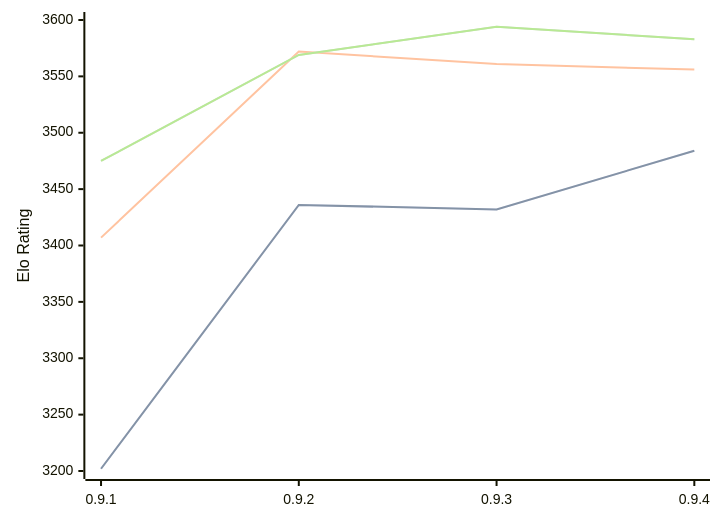
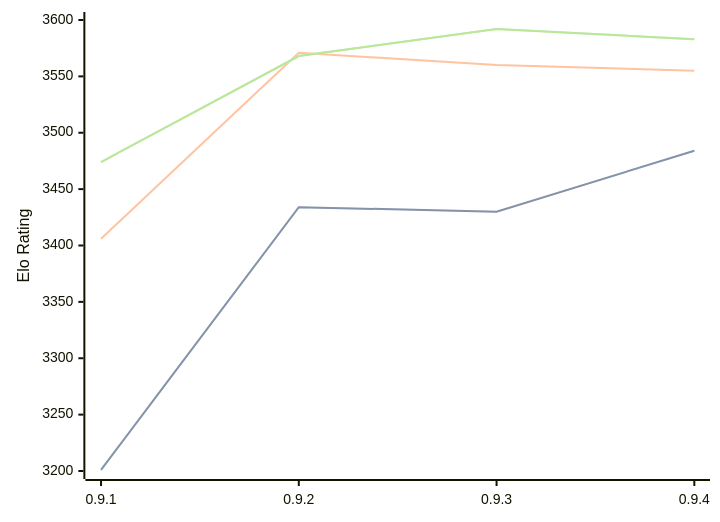
The diagram in engines/Coda.md (computer-chess-index/cci), drawn with Mermaid before and after one commit. The commit also changed other lines of this file, not shown here.

Commit message:
Update CCI Ratings (ELO VLTC) - 2026-09-01

````diff
--- a/engines/Coda.md
+++ b/engines/Coda.md
@@ -34,11 +34,11 @@
 ```mermaid
 %%{init: {"theme":"base","themeVariables":{"seriesColors:['#a3a3a3','#222221','#faa371']}}}%%
 xychart-beta
   x-axis ["0.9.1", "0.9.2", "0.9.3", "0.9.4"]
   y-axis "Elo Rating" 3200 --> 3600
-  line "" [3202, 3436, 3432, 3484]
-  line "STC (8.0+0.08s)" [3202, 3436, 3432, 3484]
-  line "LTC (60.0+0.60s)" [3407, 3572, 3561, 3556]
-  line "" [3475, 3569, 3594, 3583]
-  line "VLTC (2m24s+1.12s)" [3475, 3569, 3594, 3583]
+  line "" [3201, 3434, 3430, 3484]
+  line "STC (8.0+0.08s)" [3201, 3434, 3430, 3484]
+  line "LTC (60.0+0.60s)" [3406, 3571, 3560, 3555]
+  line "" [3474, 3568, 3592, 3583]
+  line "VLTC (2m24s+1.12s)" [3474, 3568, 3592, 3583]
 ```
````
